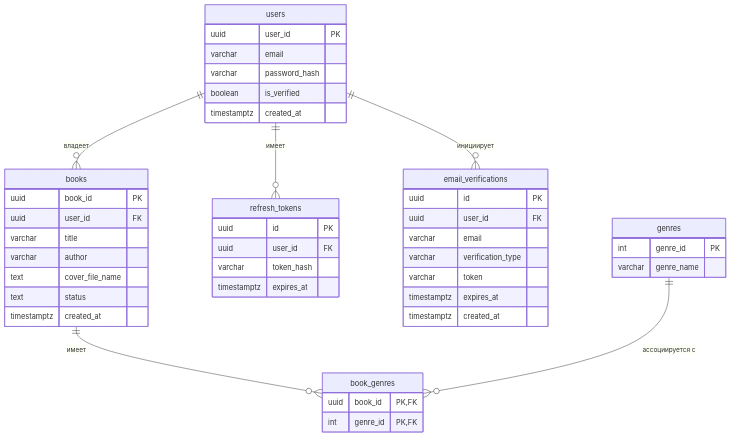
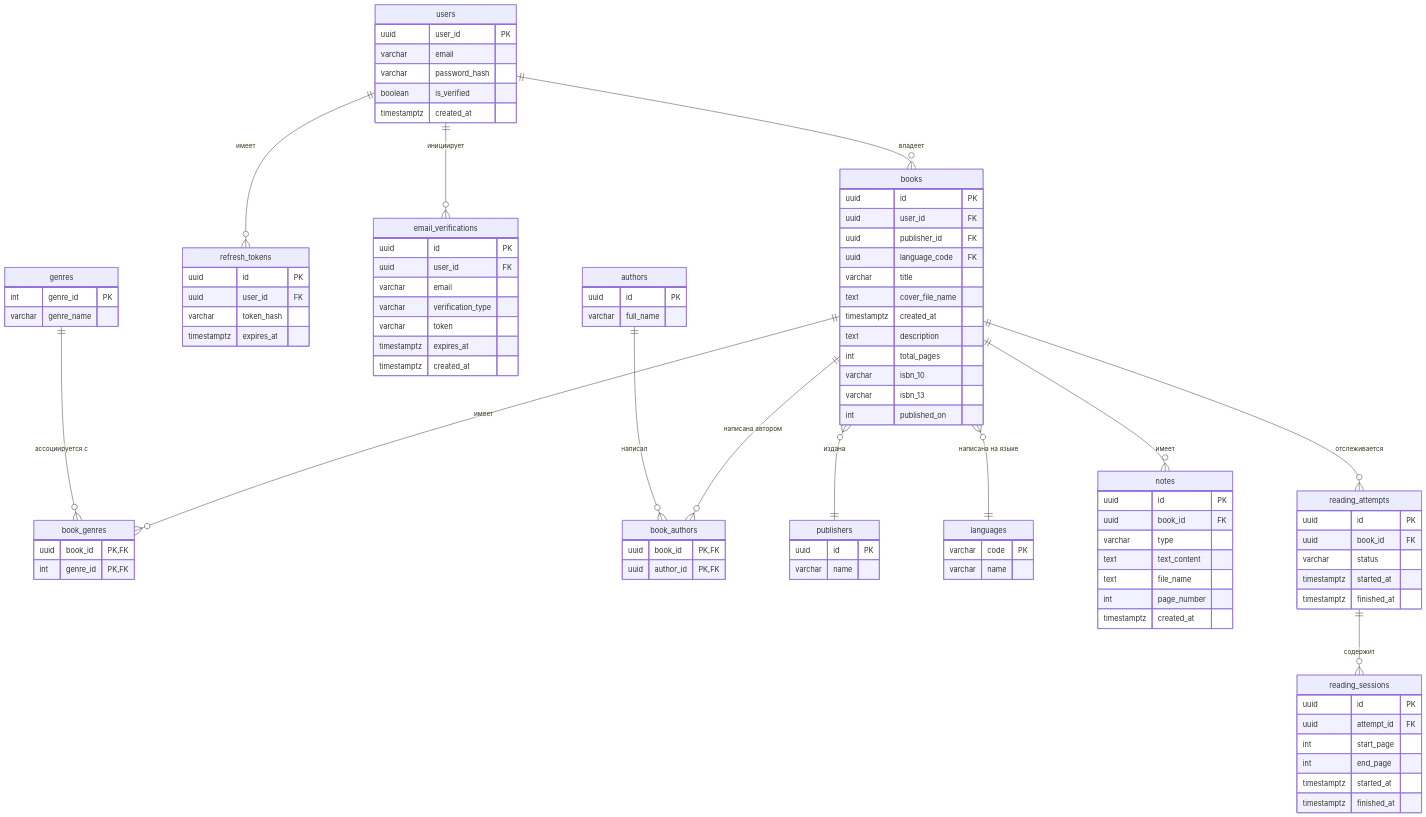
One commit to Nirtas/booktracker-backend changed the first of 5 diagrams in README.ru.md. Above: the diagram before and after it, drawn with Mermaid. The commit also changed other lines of this file and 69 other files, not shown here.

```diff
--- a/README.ru.md
+++ b/README.ru.md
@@ -48,8 +51,18 @@
     users ||--o{ books : владеет
     users ||--o{ refresh_tokens : имеет
     users ||--o{ email_verifications : инициирует
+
     books ||--o{ book_genres : имеет
     genres ||--o{ book_genres : "ассоциируется с"
+
+    books ||--o{ book_authors : "написана автором"
+    authors ||--o{ book_authors : написал
+
+    books }o--|| publishers : издана
+    books }o--|| languages : "написана на языке"
+    books ||--o{ notes : имеет
+    books ||--o{ reading_attempts : отслеживается
+    reading_attempts ||--o{ reading_sessions : содержит
 
     users {
         uuid user_id PK
@@ -60,13 +73,65 @@
     }
 
     books {
-        uuid book_id PK
+        uuid id PK
         uuid user_id FK
+        uuid publisher_id FK
+        uuid language_code FK
         varchar title
-        varchar author
         text cover_file_name
-        text status
         timestamptz created_at
+        text description
+        int total_pages
+        varchar isbn_10
+        varchar isbn_13
+        int published_on
+    }
+
+    book_authors {
+        uuid book_id PK, FK
+        uuid author_id PK, FK
+    }
+
+    authors {
+        uuid id PK
+        varchar full_name
+    }
+
+    publishers {
+        uuid id PK
+        varchar name
+    }
+
+    languages {
+        varchar code PK
+        varchar name
+    }
+
+    notes {
+        uuid id PK
+        uuid book_id FK
+        varchar type
+        text text_content
+        text file_name
+        int page_number
+        timestamptz created_at
+    }
+
+    reading_attempts {
+        uuid id PK
+        uuid book_id FK
+        varchar status
+        timestamptz started_at
+        timestamptz finished_at
+    }
+
+    reading_sessions {
+        uuid id PK
+        uuid attempt_id FK
+        int start_page
+        int end_page
+        timestamptz started_at
+        timestamptz finished_at
     }
 
     genres {
```
